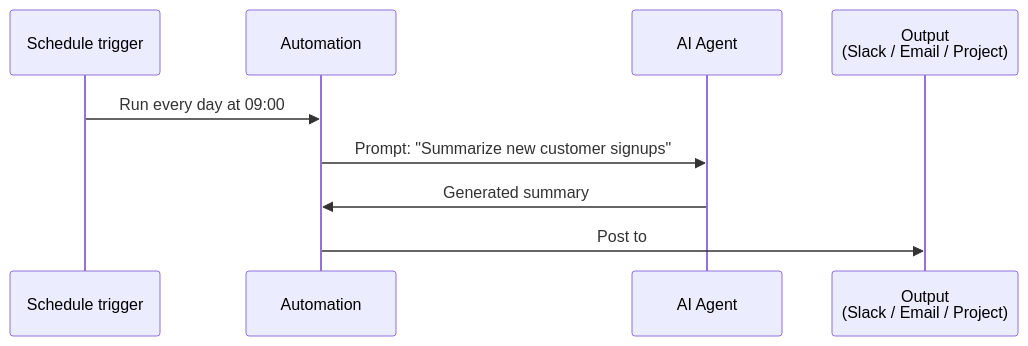
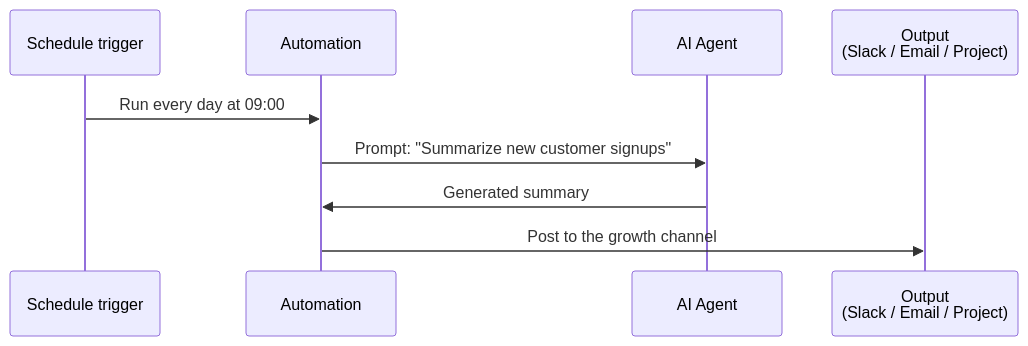
The second of 5 diagrams in apis-living-system-development/autonomous-agents.md (taskade/docs), drawn with Mermaid before and after one commit. The commit also changed other lines of this file and 113 other files, not shown here.

````diff
--- a/apis-living-system-development/autonomous-agents.md
+++ b/apis-living-system-development/autonomous-agents.md
@@ -41,12 +39,12 @@
 ```mermaid
 sequenceDiagram
     participant Schedule as Schedule trigger
     participant Run as Automation
     participant Agent as AI Agent
     participant Output as Output<br/>(Slack / Email / Project)
 
     Schedule->>Run: Run every day at 09:00
     Run->>Agent: Prompt: "Summarize new customer signups"
     Agent->>Run: Generated summary
-    Run->>Output: Post to #growth channel
+    Run->>Output: Post to the growth channel
 ```
````
